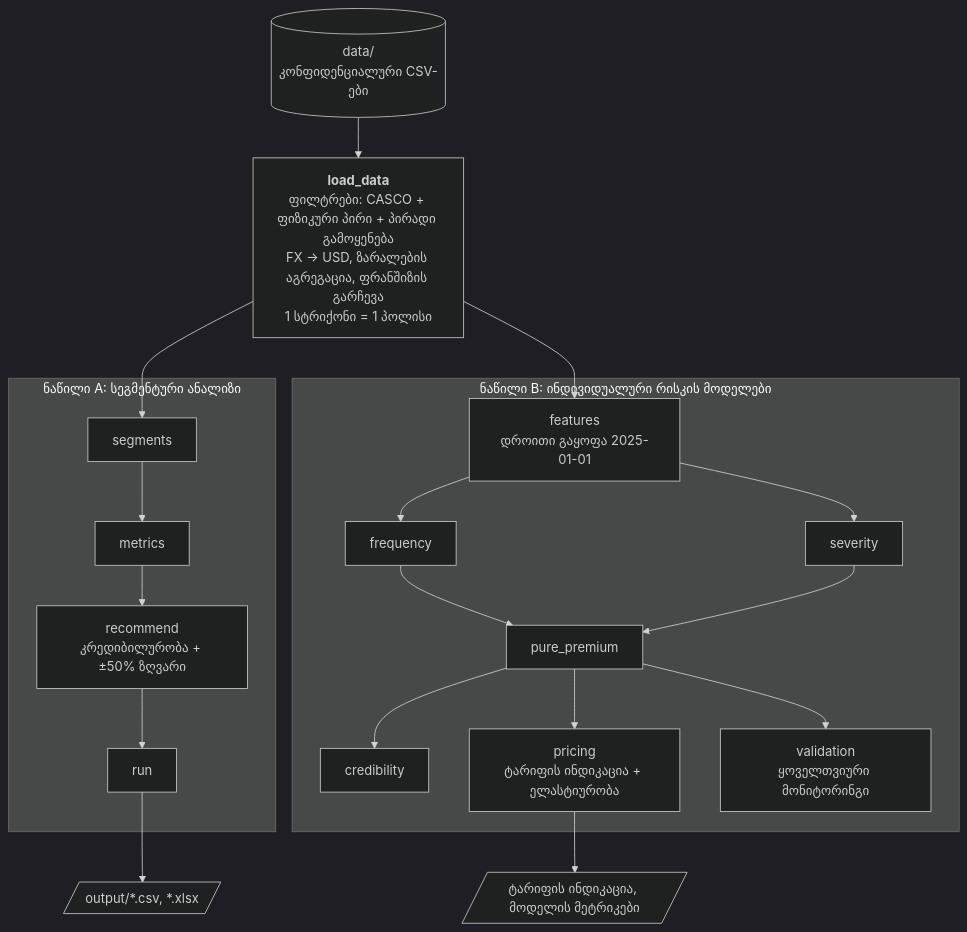
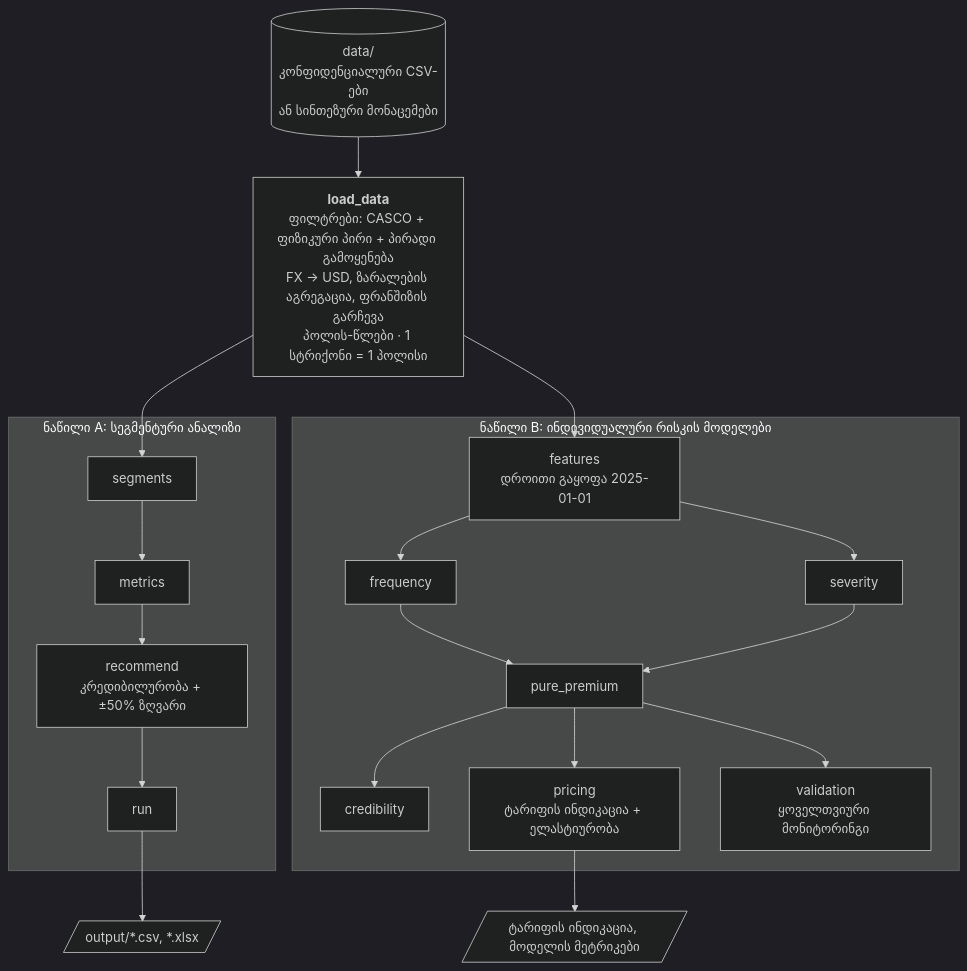
The second of 2 diagrams in README.md (Choquri2000/CASCO-Pricing-Model), drawn with Mermaid (dark theme) before and after one commit. The commit also changed other lines of this file and 42 other files, not shown here.

````diff
--- a/README.md
+++ b/README.md
@@ -231,20 +268,20 @@
 ```mermaid
 flowchart TD
-    D[("data/<br/>კონფიდენციალური CSV-ები")] --> L["<b>load_data</b><br/>ფილტრები: CASCO + ფიზიკური პირი + პირადი გამოყენება<br/>FX → USD, ზარალების აგრეგაცია, ფრანშიზის გარჩევა<br/>1 სტრიქონი = 1 პოლისი"]
+    D[("data/<br/>კონფიდენციალური CSV-ები<br/>ან სინთეზური მონაცემები")] --> L["<b>load_data</b><br/>ფილტრები: CASCO + ფიზიკური პირი + პირადი გამოყენება<br/>FX → USD, ზარალების აგრეგაცია, ფრანშიზის გარჩევა<br/>პოლის-წლები · 1 სტრიქონი = 1 პოლისი"]
     L --> A1
     L --> B1
     subgraph A["ნაწილი A: სეგმენტური ანალიზი"]
         A1[segments] --> A2[metrics] --> A3["recommend<br/>კრედიბილურობა + ±50% ზღვარი"] --> A4[run]
     end
     subgraph B["ნაწილი B: ინდივიდუალური რისკის მოდელები"]
         B1["features<br/>დროითი გაყოფა 2025-01-01"] --> B2[frequency]
         B1 --> B3[severity]
         B2 --> B4[pure_premium]
         B3 --> B4
         B4 --> B5[credibility]
         B4 --> B6["pricing<br/>ტარიფის ინდიკაცია + ელასტიურობა"]
         B4 --> B7["validation<br/>ყოველთვიური მონიტორინგი"]
     end
     A4 --> O1[/"output/*.csv, *.xlsx"/]
     B6 --> O2[/"ტარიფის ინდიკაცია, მოდელის მეტრიკები"/]
 ```
````
